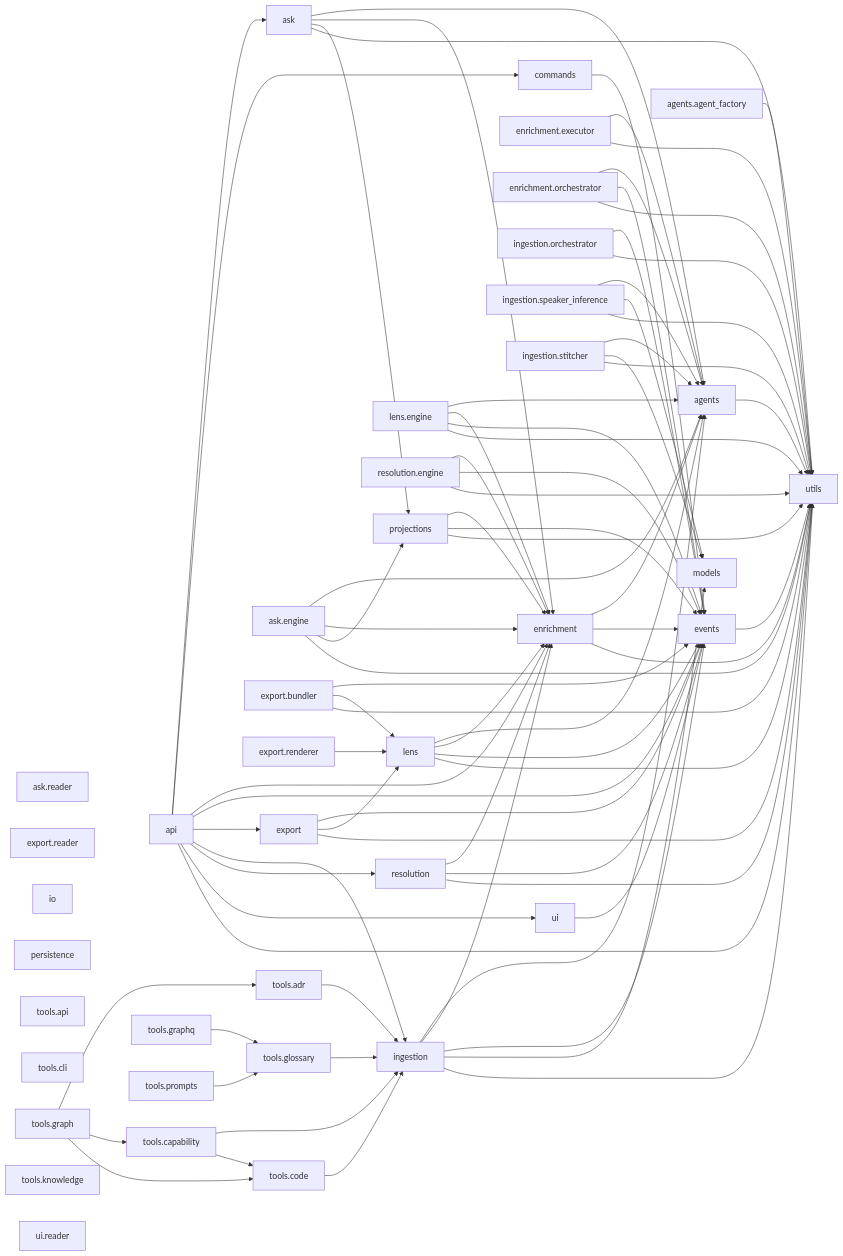
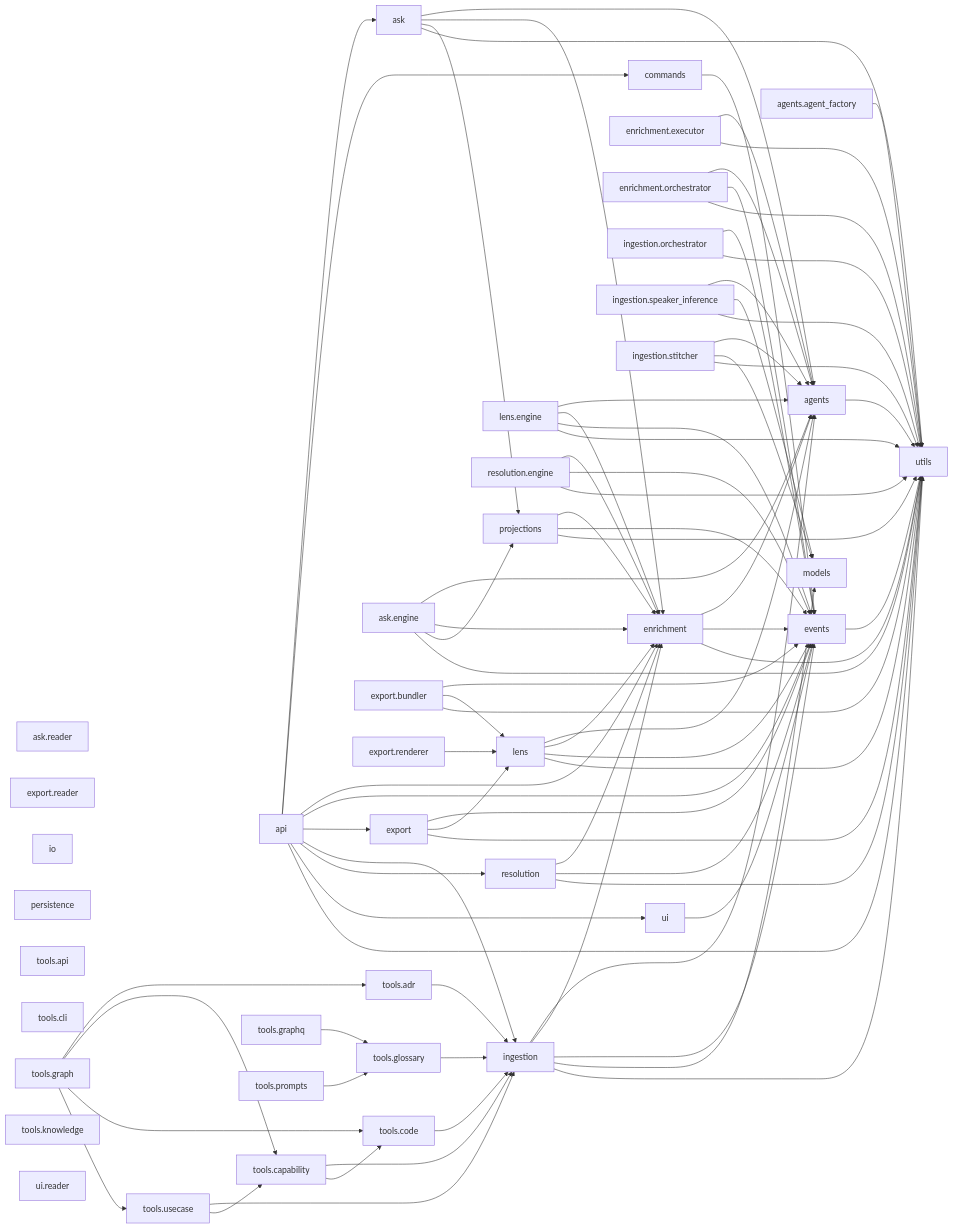
One commit to DigitalCowboyN/interview_analyzer_chaining changed the diagram in docs/code/pipeline.md. Above: the diagram before and after it, drawn with Mermaid. The commit also changed 52 other files, not shown here.

First line of the commit message:
Use-cases domain — the graph source layer (Round 3a, ADR-0021) (#33)

```diff
--- a/docs/code/pipeline.md
+++ b/docs/code/pipeline.md
@@ -83,9 +83,12 @@
     tools.graph --> tools.adr
     tools.graph --> tools.capability
     tools.graph --> tools.code
+    tools.graph --> tools.usecase
     tools.graphq --> tools.glossary
     tools.knowledge
     tools.prompts --> tools.glossary
+    tools.usecase --> ingestion
+    tools.usecase --> tools.capability
     ui --> events
     ui.reader
     utils
```
